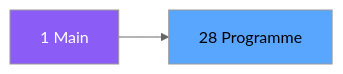
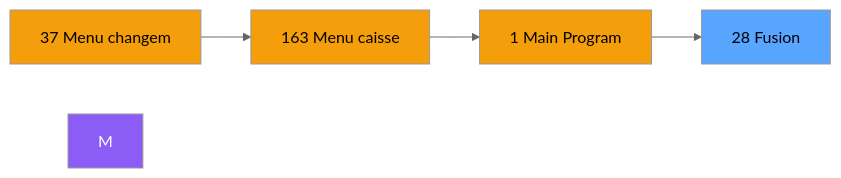
One commit to thonyAGP/magic-migration changed the second of 3 diagrams in .openspec/specs/ADH-IDE-28.md. Above: the diagram before and after it, drawn with Mermaid (neutral theme). The commit also changed other lines of this file and 323 other files, not shown here.

````diff
--- a/.openspec/specs/ADH-IDE-28.md
+++ b/.openspec/specs/ADH-IDE-28.md
@@ -192,8 +218,15 @@
 ```mermaid
 graph LR
-    M[1 Main]
-    T[28 Programme]
-    M --> T
+    N37[37 Menu changem]
+    N163[163 Menu caisse ]
+    N1[1 Main Program]
+    T[28 Fusion]
+    N37 --> N163
+    N163 --> N1
+    N1 --> T
     style M fill:#8b5cf6,color:#fff
+    style N37 fill:#f59e0b
+    style N163 fill:#f59e0b
+    style N1 fill:#f59e0b
     style T fill:#58a6ff,color:#000
 ```
````
